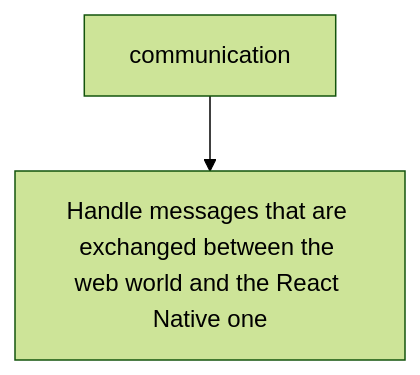
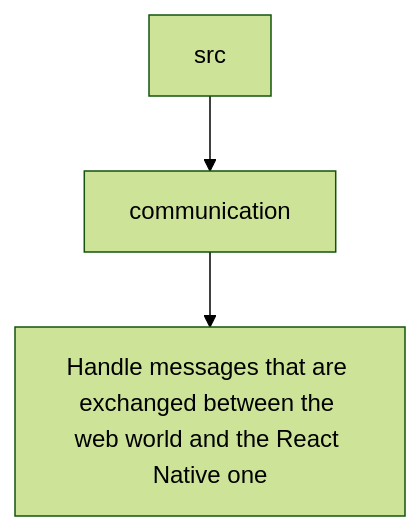
One commit to emilienaufauvre/react-native-maplibre-gl-js changed the first of 3 diagrams in docs/developer/index.md. Above: the diagram before and after it, drawn with Mermaid (forest theme). The commit also changed other lines of this file, not shown here.

````diff
--- a/docs/developer/index.md
+++ b/docs/developer/index.md
@@ -57,6 +57,6 @@
 ```mermaid
 graph TD
-B[communication]
+A[src] --> B[communication]
 
 B --> B1[Handle messages that are exchanged between the web world and the React Native one]
 ```
````
